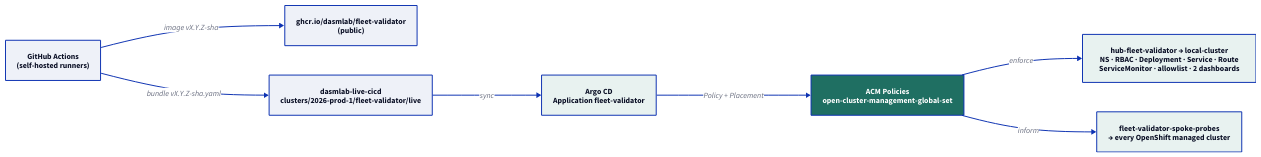
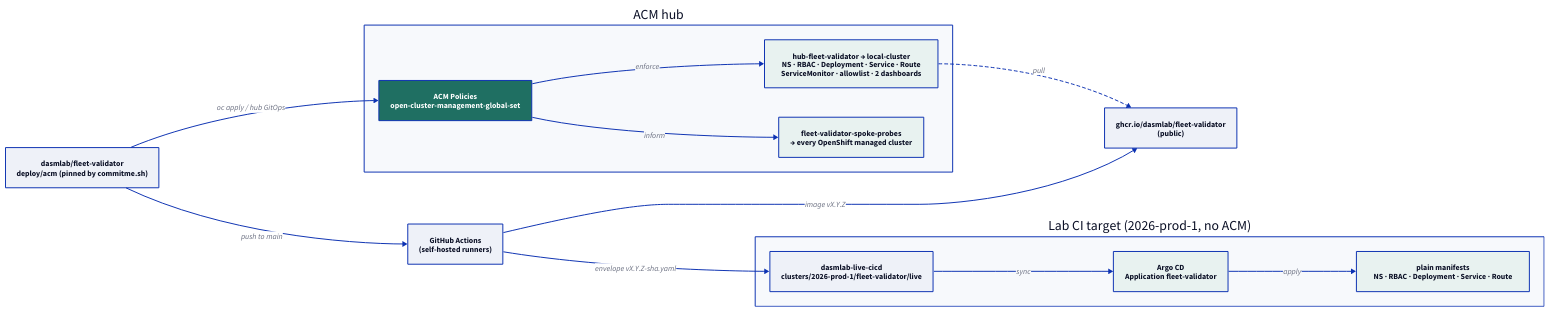
The diagram in diagrams/fleet-validator-deploy.d2 (dasmlab/fleet-validator), drawn with D2 before and after one commit. The commit also changed 6 other files, not shown here.

Commit message:
ACM policy snippet lives in deploy/acm (pinned by commitme), not live-cicd; atomic tag push; deploy diagram + README

```diff
--- a/diagrams/fleet-validator-deploy.d2
+++ b/diagrams/fleet-validator-deploy.d2
@@ -1,39 +1,60 @@
 direction: right
 
+repo: {
+  label: "dasmlab/fleet-validator\ndeploy/acm (pinned by commitme.sh)"
+  style.fill: "#EEF1F8"
+}
 gh: {
   label: "GitHub Actions\n(self-hosted runners)"
   style.fill: "#EEF1F8"
 }
 ghcr: {
   label: "ghcr.io/dasmlab/fleet-validator\n(public)"
   style.fill: "#EEF1F8"
 }
-live: {
-  label: "dasmlab-live-cicd\nclusters/2026-prod-1/fleet-validator/live"
-  style.fill: "#EEF1F8"
-}
-argo: {
-  label: "Argo CD\nApplication fleet-validator"
-  style.fill: "#E8F2F0"
-}
-policy: {
-  label: "ACM Policies\nopen-cluster-management-global-set"
-  style.fill: "#1f6f62"
-  style.font-color: "#FFFFFF"
-  style.bold: true
-}
-hubwl: {
-  label: "hub-fleet-validator → local-cluster\nNS · RBAC · Deployment · Service · Route\nServiceMonitor · allowlist · 2 dashboards"
-  style.fill: "#E8F2F0"
-}
-probes: {
-  label: "fleet-validator-spoke-probes\n→ every OpenShift managed cluster"
-  style.fill: "#E8F2F0"
+
+hub: {
+  label: "ACM hub"
+  style.fill: "#F7F9FC"
+  policy: {
+    label: "ACM Policies\nopen-cluster-management-global-set"
+    style.fill: "#1f6f62"
+    style.font-color: "#FFFFFF"
+    style.bold: true
+  }
+  hubwl: {
+    label: "hub-fleet-validator → local-cluster\nNS · RBAC · Deployment · Service · Route\nServiceMonitor · allowlist · 2 dashboards"
+    style.fill: "#E8F2F0"
+  }
+  probes: {
+    label: "fleet-validator-spoke-probes\n→ every OpenShift managed cluster"
+    style.fill: "#E8F2F0"
+  }
+  policy -> hubwl: "enforce"
+  policy -> probes: "inform"
 }
 
-gh -> ghcr: "image vX.Y.Z-sha"
-gh -> live: "bundle vX.Y.Z-sha.yaml"
-live -> argo: "sync"
-argo -> policy: "Policy + Placement"
-policy -> hubwl: "enforce"
-policy -> probes: "inform"
+lab: {
+  label: "Lab CI target (2026-prod-1, no ACM)"
+  style.fill: "#F7F9FC"
+  live: {
+    label: "dasmlab-live-cicd\nclusters/2026-prod-1/fleet-validator/live"
+    style.fill: "#EEF1F8"
+  }
+  argo: {
+    label: "Argo CD\nApplication fleet-validator"
+    style.fill: "#E8F2F0"
+  }
+  wl: {
+    label: "plain manifests\nNS · RBAC · Deployment · Service · Route"
+    style.fill: "#E8F2F0"
+  }
+  live -> argo: "sync"
+  argo -> wl: "apply"
+}
+
+repo -> gh: "push to main"
+gh -> ghcr: "image vX.Y.Z"
+repo -> hub.policy: "oc apply / hub GitOps"
+gh -> lab.live: "envelope vX.Y.Z-sha.yaml"
+hub.hubwl -> ghcr: "pull" {style.stroke-dash: 3}
```
